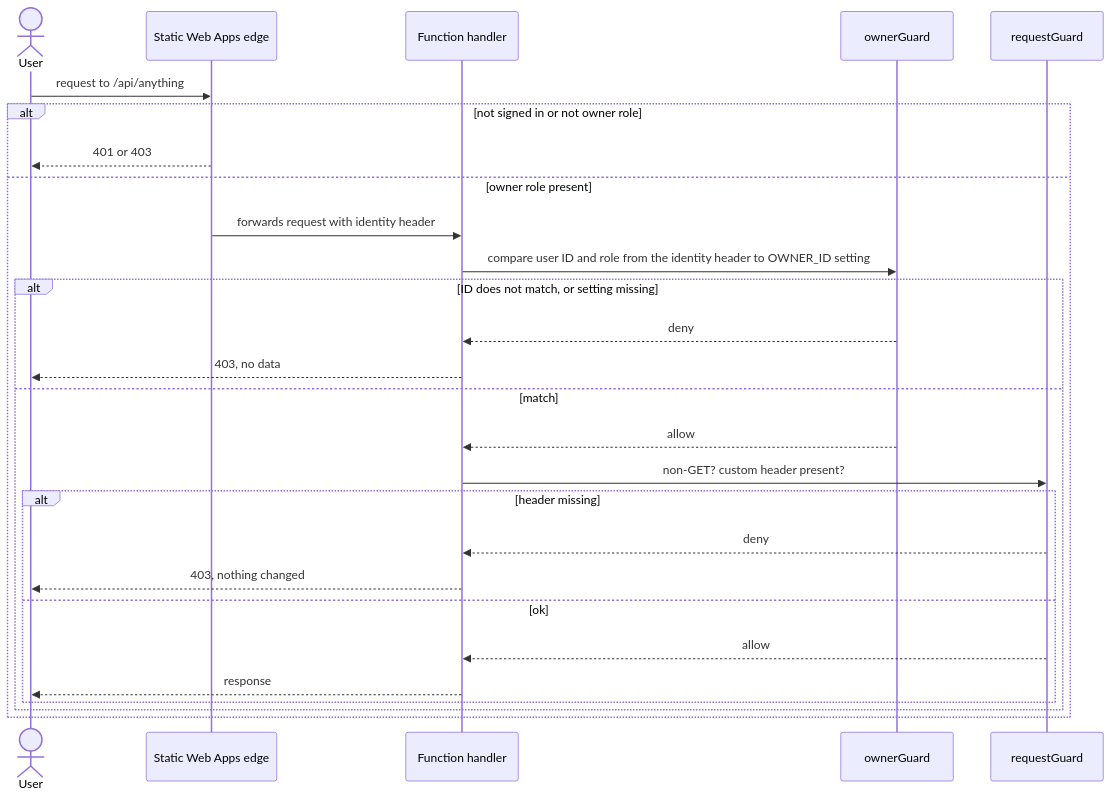
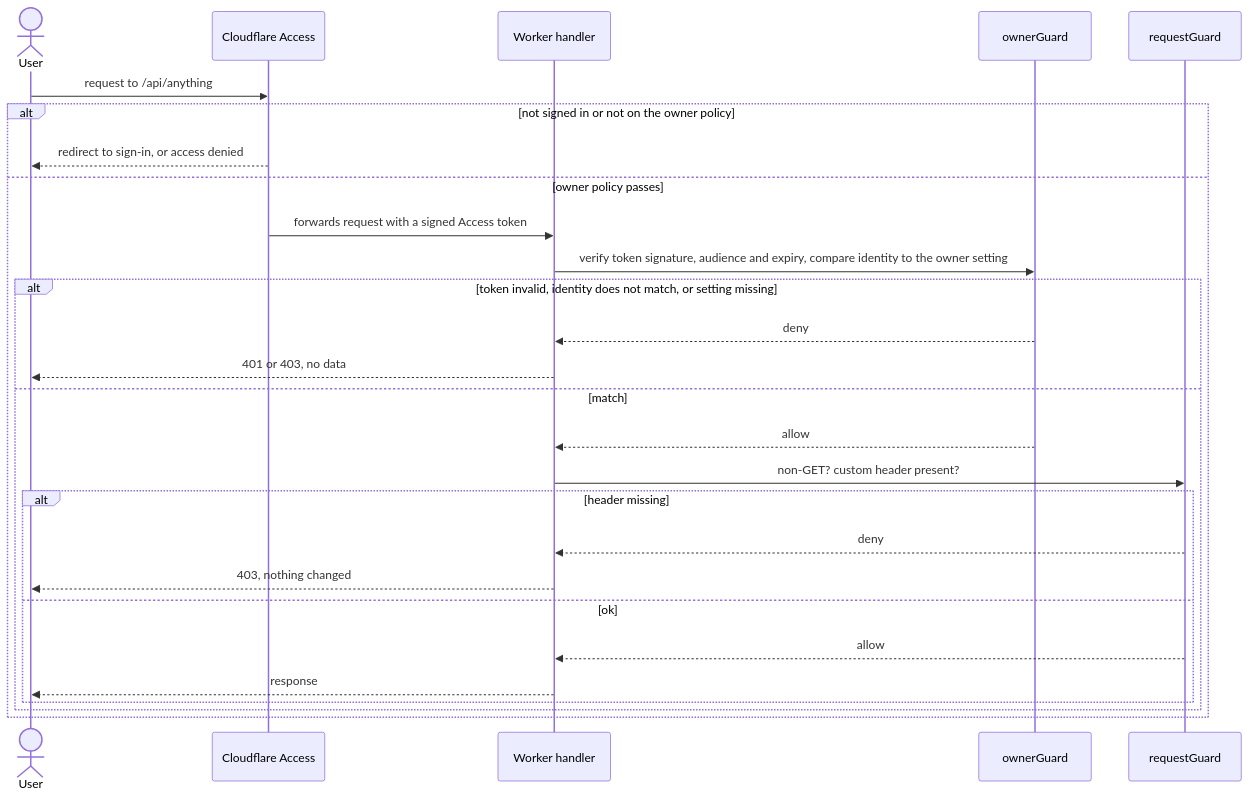
The third of 6 diagrams in ARCHITECTURE.md (githubacct54385/life-tracker), drawn with Mermaid before and after one commit. The commit also changed other lines of this file and 12 other files, not shown here.

````diff
--- a/ARCHITECTURE.md
+++ b/ARCHITECTURE.md
@@ -206,30 +146,30 @@
 ```mermaid
 sequenceDiagram
     actor User
-    participant Edge as Static Web Apps edge
-    participant API as Function handler
+    participant Edge as Cloudflare Access
+    participant API as Worker handler
     participant G as ownerGuard
     participant RG as requestGuard
 
     User->>Edge: request to /api/anything
-    alt not signed in or not owner role
-        Edge-->>User: 401 or 403
-    else owner role present
-        Edge->>API: forwards request with identity header
-        API->>G: compare user ID and role from the identity header to OWNER_ID setting
-        alt ID does not match, or setting missing
+    alt not signed in or not on the owner policy
+        Edge-->>User: redirect to sign-in, or access denied
+    else owner policy passes
+        Edge->>API: forwards request with a signed Access token
+        API->>G: verify token signature, audience and expiry, compare identity to the owner setting
+        alt token invalid, identity does not match, or setting missing
             G-->>API: deny
-            API-->>User: 403, no data
+            API-->>User: 401 or 403, no data
         else match
             G-->>API: allow
             API->>RG: non-GET? custom header present?
             alt header missing
                 RG-->>API: deny
                 API-->>User: 403, nothing changed
             else ok
                 RG-->>API: allow
                 API-->>User: response
             end
         end
     end
 ```
````
